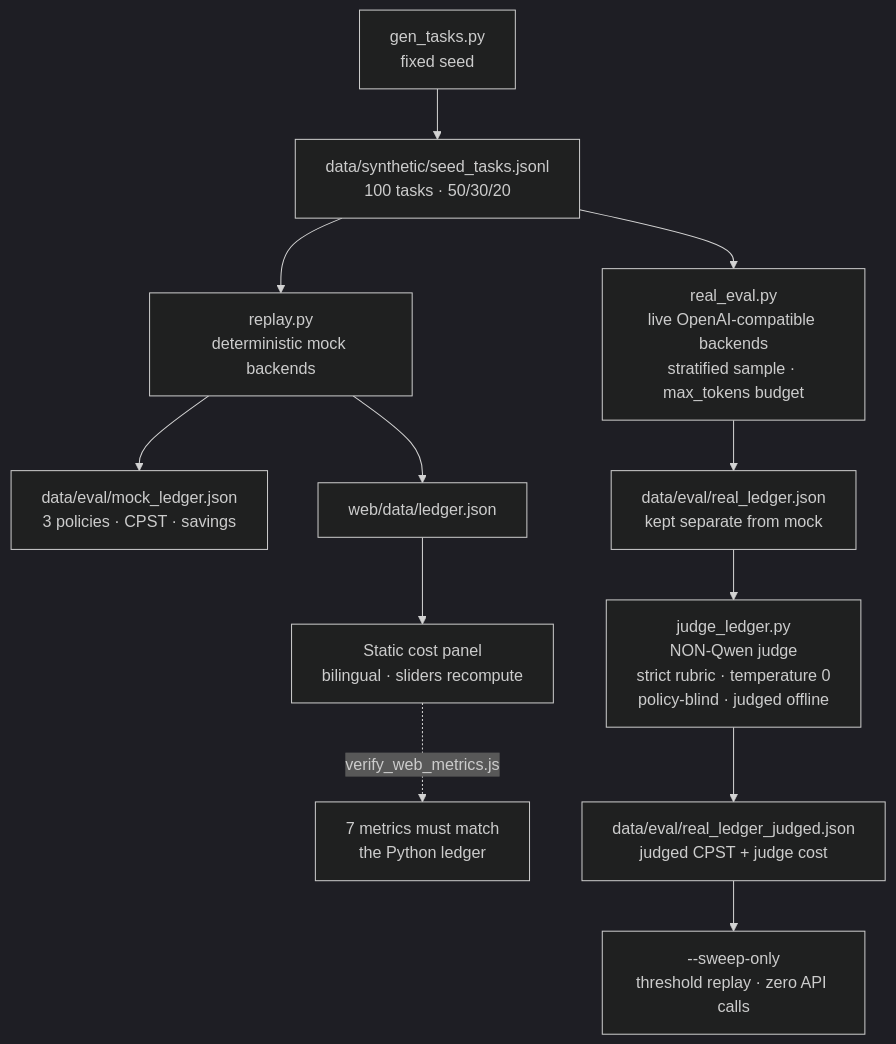
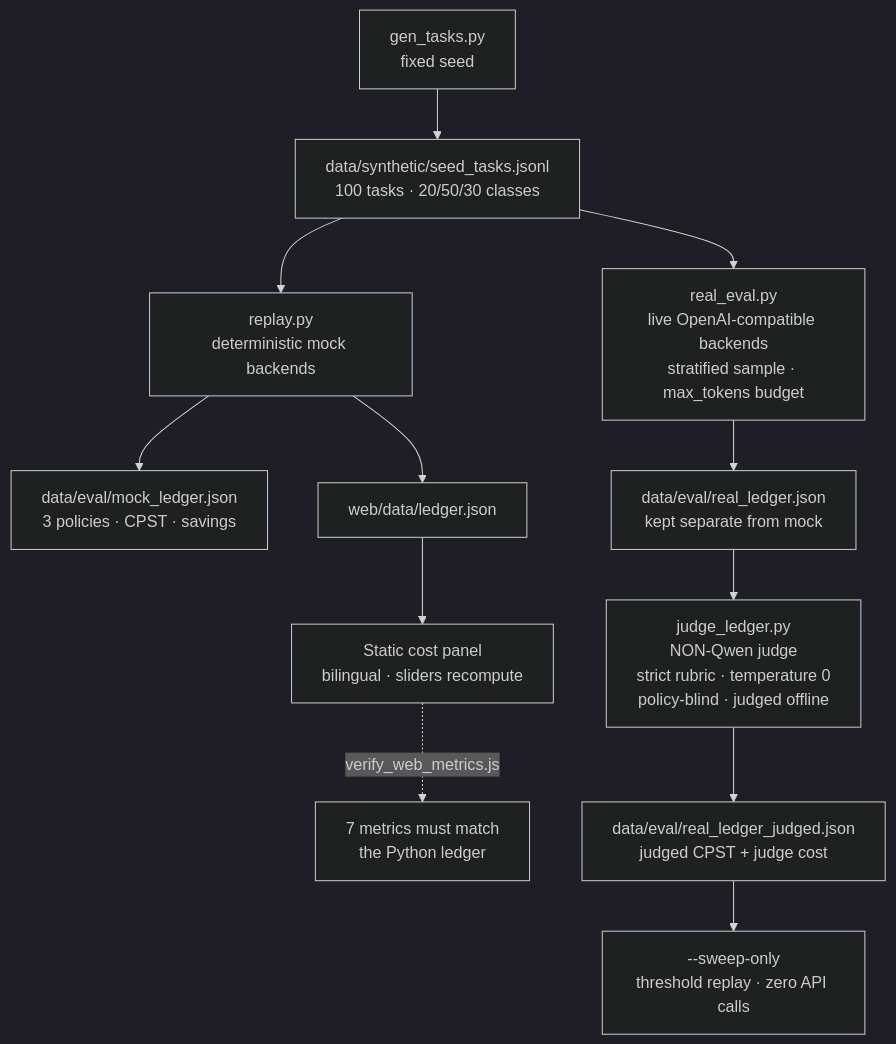
The second of 3 diagrams in README.md (SanyHe/when-to-escalate), drawn with Mermaid (dark theme) before and after one commit. The commit also changed other lines of this file and 46 other files, not shown here.

````diff
--- a/README.md
+++ b/README.md
@@ -34,14 +34,14 @@
 ```mermaid
 flowchart TD
-    gen[gen_tasks.py<br/>fixed seed] --> seeds[data/synthetic/seed_tasks.jsonl<br/>100 tasks · 50/30/20]
+    gen[gen_tasks.py<br/>fixed seed] --> seeds[data/synthetic/seed_tasks.jsonl<br/>100 tasks · 20/50/30 classes]
     seeds --> replay[replay.py<br/>deterministic mock backends]
     replay --> mock[data/eval/mock_ledger.json<br/>3 policies · CPST · savings]
     replay --> webdata[web/data/ledger.json]
     webdata --> panel[Static cost panel<br/>bilingual · sliders recompute]
     panel -.->|verify_web_metrics.js| check[7 metrics must match<br/>the Python ledger]
     seeds --> realeval[real_eval.py<br/>live OpenAI-compatible backends<br/>stratified sample · max_tokens budget]
     realeval --> real[data/eval/real_ledger.json<br/>kept separate from mock]
     real --> judge[judge_ledger.py<br/>NON-Qwen judge<br/>strict rubric · temperature 0<br/>policy-blind · judged offline]
     judge --> judged[data/eval/real_ledger_judged.json<br/>judged CPST + judge cost]
     judged --> sweep[--sweep-only<br/>threshold replay · zero API calls]
 ```
````
